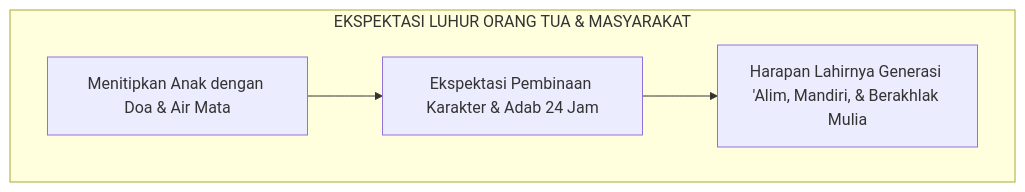
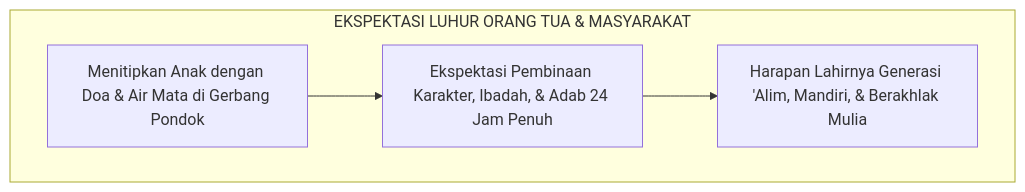
Before and after one commit to wandiapriliyandi/tumbuh: the first of 8 diagrams in BOOK-SERIES/Volume-01/Bab-01-Krisis-Karakter-dan-Urgensi-Rekonstruksi/01-Anomali-Pendidikan-Karakter-Tradisional.md, drawn with Mermaid. The commit also changed other lines of this file, not shown here.

````diff
--- a/BOOK-SERIES/Volume-01/Bab-01-Krisis-Karakter-dan-Urgensi-Rekonstruksi/01-Anomali-Pendidikan-Karakter-Tradisional.md
+++ b/BOOK-SERIES/Volume-01/Bab-01-Krisis-Karakter-dan-Urgensi-Rekonstruksi/01-Anomali-Pendidikan-Karakter-Tradisional.md
@@ -16,7 +18,7 @@
 ```mermaid
 graph TD
     subgraph HarapanUmat["EKSPEKTASI LUHUR ORANG TUA & MASYARAKAT"]
-        H1["Menitipkan Anak dengan Doa & Air Mata"] --> H2["Ekspektasi Pembinaan Karakter & Adab 24 Jam"]
+        H1["Menitipkan Anak dengan Doa & Air Mata di Gerbang Pondok"] --> H2["Ekspektasi Pembinaan Karakter, Ibadah, & Adab 24 Jam Penuh"]
         H2 --> H3["Harapan Lahirnya Generasi 'Alim, Mandiri, & Berakhlak Mulia"]
     end
 ```
````
